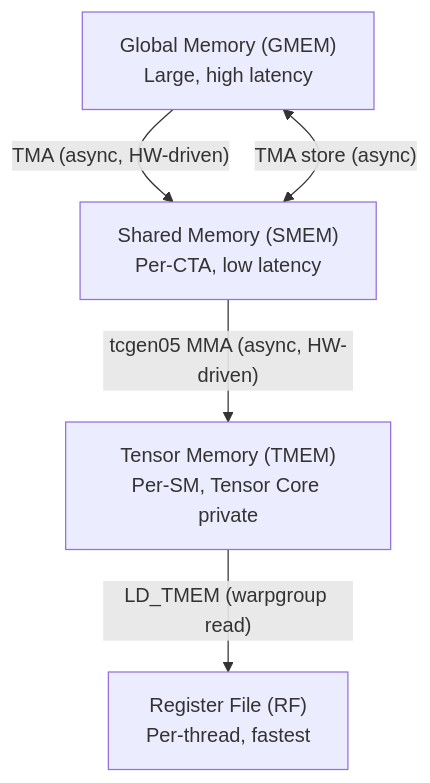
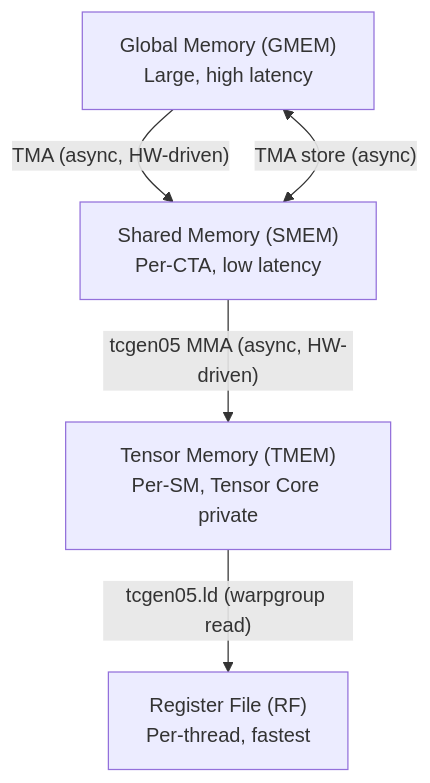
Before and after one commit to tlopex/assignment-tirx-gemm: the first of 4 diagrams in README.md, drawn with Mermaid. The commit also changed other lines of this file, not shown here.

First line of the commit message:
Revise TMEM and TMA sections in README

````diff
--- a/README.md
+++ b/README.md
@@ -19,12 +19,12 @@
 ```mermaid
 flowchart TB
     GMEM["Global Memory (GMEM)<br>Large, high latency"]
     SMEM["Shared Memory (SMEM)<br>Per-CTA, low latency"]
     TMEM["Tensor Memory (TMEM)<br>Per-SM, Tensor Core private"]
     RF["Register File (RF)<br>Per-thread, fastest"]
 
     GMEM -->|"TMA (async, HW-driven)"| SMEM
     SMEM -->|"tcgen05 MMA (async, HW-driven)"| TMEM
-    TMEM -->|"LD_TMEM (warpgroup read)"| RF
+    TMEM -->|"tcgen05.ld (warpgroup read)"| RF
     SMEM <-->|"TMA store (async)"| GMEM
 ```
````
